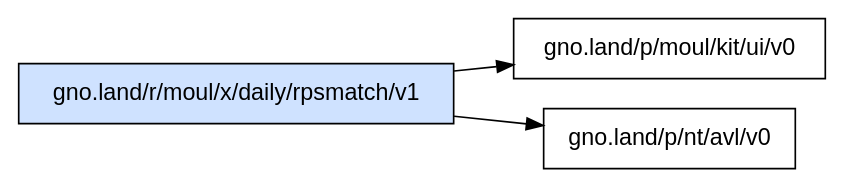
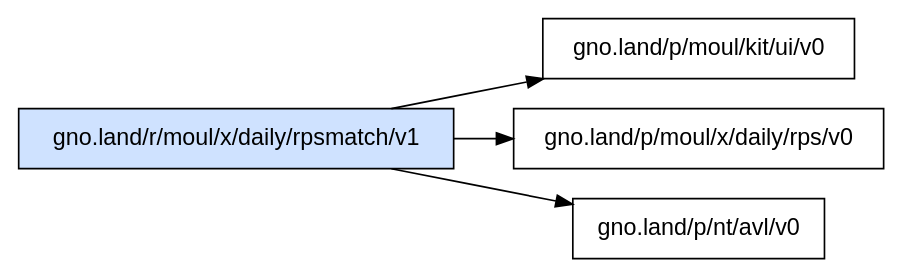
The diagram in _assets/gno.land/r/moul/x/daily/rpsmatch/v1/deps.dot (moul/gno-contracts), drawn with Graphviz before and after one commit. The commit also changed 23 other files, not shown here.

Commit message:
chore: regenerate catalog, graphs and on-chain status [skip ci]

```diff
--- a/_assets/gno.land/r/moul/x/daily/rpsmatch/v1/deps.dot
+++ b/_assets/gno.land/r/moul/x/daily/rpsmatch/v1/deps.dot
@@ -1,7 +1,8 @@
 digraph deps {
   rankdir=LR;
   node [shape=box, fontname="sans-serif"];
   "gno.land/r/moul/x/daily/rpsmatch/v1" [style=filled, fillcolor="#cfe2ff"];
   "gno.land/r/moul/x/daily/rpsmatch/v1" -> "gno.land/p/moul/kit/ui/v0";
+  "gno.land/r/moul/x/daily/rpsmatch/v1" -> "gno.land/p/moul/x/daily/rps/v0";
   "gno.land/r/moul/x/daily/rpsmatch/v1" -> "gno.land/p/nt/avl/v0";
 }
```
